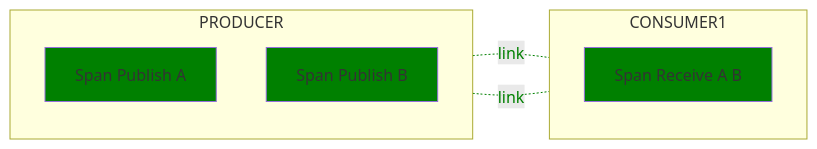
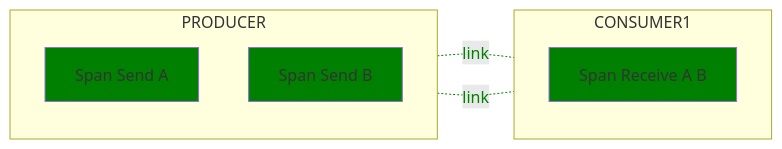
One commit to open-telemetry/semantic-conventions changed the second of 4 diagrams in docs/messaging/messaging-spans.md. Above: the diagram before and after it, drawn with Mermaid. The commit also changed other lines of this file and 12 other files, not shown here.

Commit message:
Change messaging.operation.type=publish to send (#1422)

````diff
--- a/docs/messaging/messaging-spans.md
+++ b/docs/messaging/messaging-spans.md
@@ -551,18 +553,18 @@
 ```mermaid
 flowchart LR;
   subgraph PRODUCER
   direction TB
-  PA[Span Publish A]
-  PB[Span Publish B]
+  PA[Span Send A]
+  PB[Span Send B]
   end
   subgraph CONSUMER1
   direction TB
   D1[Span Receive A B]
   end
   PA-. link .-D1;
   PB-. link .-D1;
 
   classDef normal fill:green
   class PA,PB,D1 normal
   linkStyle 0,1 color:green,stroke:green
 ```
````
